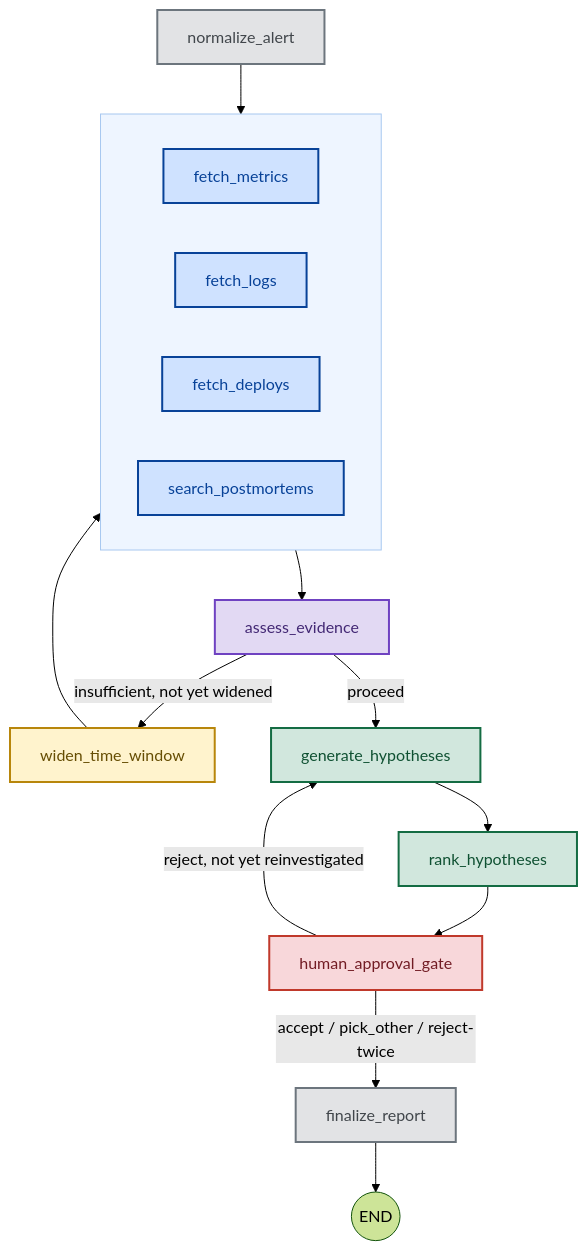
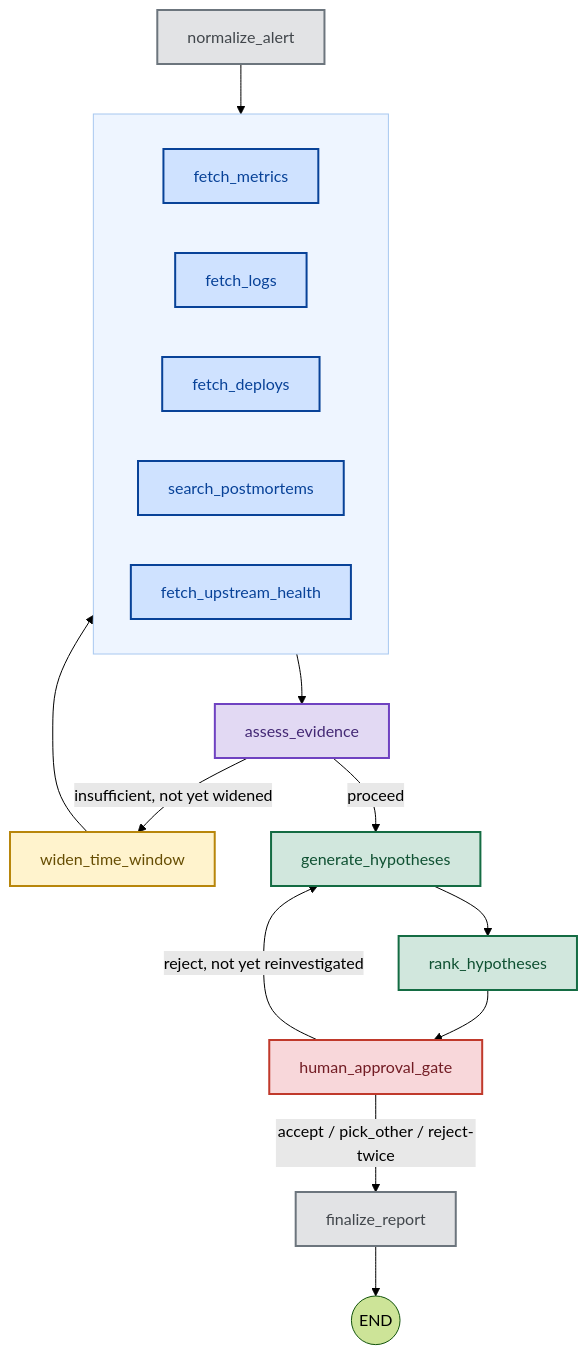
The diagram in README.md (sankarchidam/triagegraph), drawn with Mermaid (forest theme) before and after one commit. The commit also changed other lines of this file and 9 other files, not shown here.

````diff
--- a/README.md
+++ b/README.md
@@ -29,35 +29,37 @@
 ```mermaid
 flowchart TD
     normalize_alert --> fanout
 
     subgraph fanout[" "]
         direction LR
         fetch_metrics
         fetch_logs
         fetch_deploys
         search_postmortems
+        fetch_upstream_health
     end
 
     fanout --> assess_evidence
     assess_evidence -- insufficient, not yet widened --> widen_time_window
     widen_time_window --> fanout
     assess_evidence -- proceed --> generate_hypotheses
     generate_hypotheses --> rank_hypotheses
     rank_hypotheses --> human_approval_gate
     human_approval_gate -- reject, not yet reinvestigated --> generate_hypotheses
     human_approval_gate -- accept / pick_other / reject-twice --> finalize_report
     finalize_report --> END((END))
 
     style normalize_alert fill:#e2e3e5,stroke:#6c757d,stroke-width:2px,color:#41464b
     style fetch_metrics fill:#cfe2ff,stroke:#084298,stroke-width:2px,color:#084298
     style fetch_logs fill:#cfe2ff,stroke:#084298,stroke-width:2px,color:#084298
     style fetch_deploys fill:#cfe2ff,stroke:#084298,stroke-width:2px,color:#084298
     style search_postmortems fill:#cfe2ff,stroke:#084298,stroke-width:2px,color:#084298
+    style fetch_upstream_health fill:#cfe2ff,stroke:#084298,stroke-width:2px,color:#084298
     style fanout fill:#eef5ff,stroke:#a8c8f0,stroke-width:1px
     style assess_evidence fill:#e2d9f3,stroke:#6f42c1,stroke-width:2px,color:#432874
     style widen_time_window fill:#fff3cd,stroke:#b8860b,stroke-width:2px,color:#664d03
     style generate_hypotheses fill:#d1e7dd,stroke:#146c43,stroke-width:2px,color:#0f5132
     style rank_hypotheses fill:#d1e7dd,stroke:#146c43,stroke-width:2px,color:#0f5132
     style human_approval_gate fill:#f8d7da,stroke:#c0392b,stroke-width:2px,color:#721c24
     style finalize_report fill:#e2e3e5,stroke:#6c757d,stroke-width:2px,color:#41464b
 ```
````
